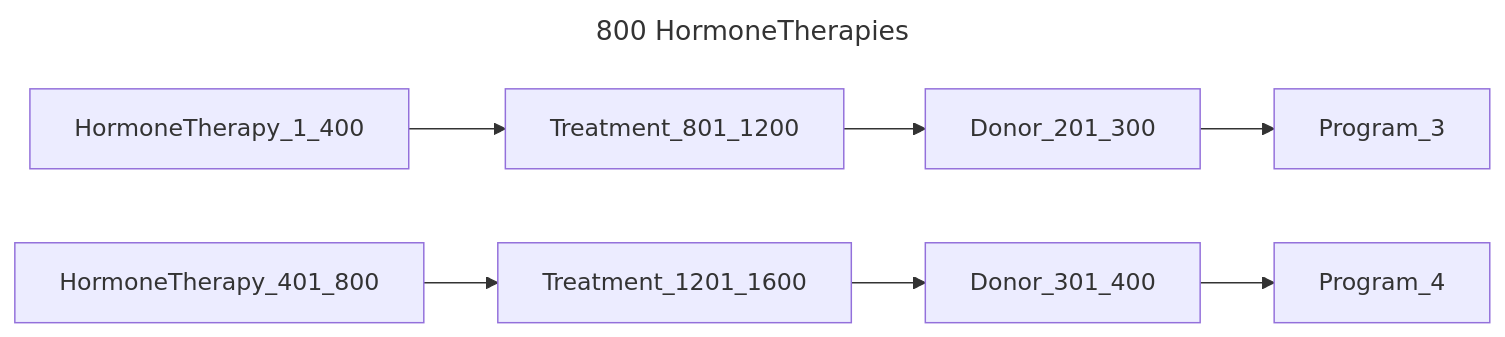
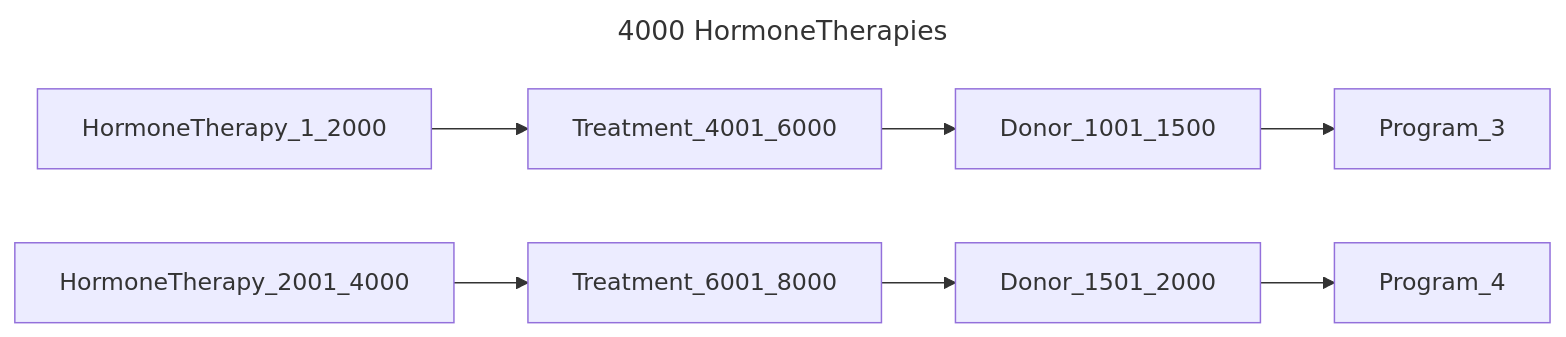
The seventh of 14 diagrams in chord_metadata_service/mohpackets/data/large_dataset/README.md (bento-platform/katsu), drawn with Mermaid before and after one commit. The commit also changed other lines of this file, not shown here.

````diff
--- a/chord_metadata_service/mohpackets/data/large_dataset/README.md
+++ b/chord_metadata_service/mohpackets/data/large_dataset/README.md
@@ -113,9 +114,9 @@
 ```mermaid
 ---
-title: 800 HormoneTherapies
+title: 4000 HormoneTherapies
 ---
 graph LR;  
-  HormoneTherapy_1_400 --> Treatment_801_1200 --> Donor_201_300 --> Program_3;  
-  HormoneTherapy_401_800 --> Treatment_1201_1600 --> Donor_301_400 --> Program_4;  
+  HormoneTherapy_1_2000 --> Treatment_4001_6000 --> Donor_1001_1500 --> Program_3;  
+  HormoneTherapy_2001_4000 --> Treatment_6001_8000 --> Donor_1501_2000 --> Program_4;  
 
 ```
````
